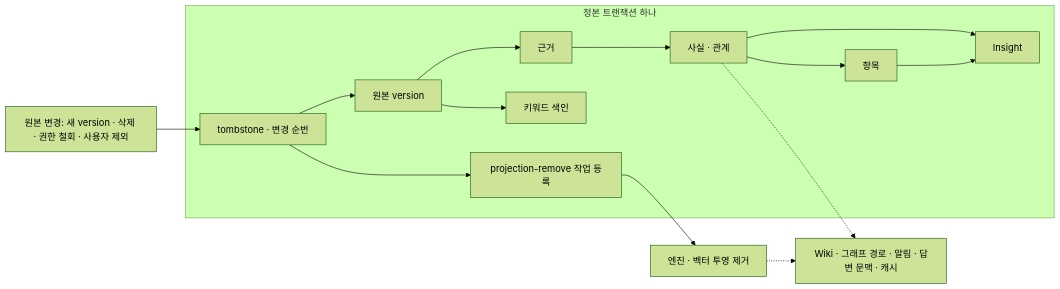
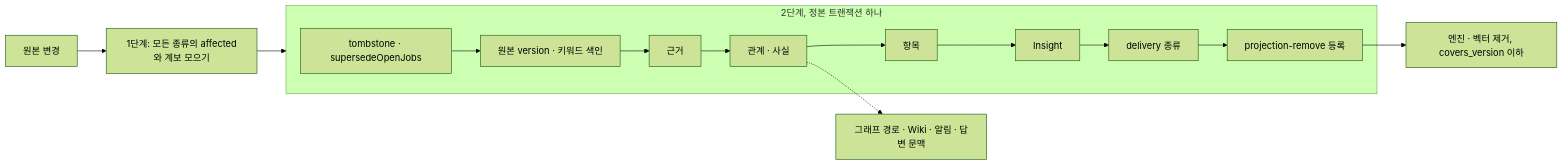
The first of 3 diagrams in docs/specs/2026-11-21-I04-invalidation.md (nohdol97/PKI), drawn with Mermaid (forest theme) before and after one commit. The commit also changed other lines of this file, not shown here.

First line of the commit message:
docs(PKI): I04 spec 독립 검토 반영 — 두 단계 전파, fence, 식별자 소거, tombstone 모양

````diff
--- a/docs/specs/2026-11-21-I04-invalidation.md
+++ b/docs/specs/2026-11-21-I04-invalidation.md
@@ -122,17 +210,16 @@
 ```mermaid
 flowchart LR
-  C["원본 변경: 새 version · 삭제 · 권한 철회 · 사용자 제외"] --> T
-  subgraph TX["정본 트랜잭션 하나"]
-    T["tombstone · 변경 순번"] --> SV["원본 version"]
+  C["원본 변경"] --> P1["1단계: 모든 종류의 affected와 계보 모으기"]
+  P1 --> TX
+  subgraph TX["2단계, 정본 트랜잭션 하나"]
+    T["tombstone · supersedeOpenJobs"] --> SV["원본 version · 키워드 색인"]
     SV --> EV["근거"]
-    EV --> KN["사실 · 관계"]
+    EV --> KN["관계 · 사실"]
     KN --> IT["항목"]
-    KN --> IN["Insight"]
-    IT --> IN
-    SV --> KW["키워드 색인"]
-    T --> JOB["projection-remove 작업 등록"]
+    IT --> IN["Insight"]
+    IN --> DL["delivery 종류"]
+    DL --> JOB["projection-remove 등록"]
   end
-  JOB --> PR["엔진 · 벡터 투영 제거"]
-  KN -.-> LATER["Wiki · 그래프 경로 · 알림 · 답변 문맥 · 캐시"]
-  PR -.-> LATER
+  JOB --> PR["엔진 · 벡터 제거, covers_version 이하"]
+  KN -.-> LATER["그래프 경로 · Wiki · 알림 · 답변 문맥"]
 ```
````
